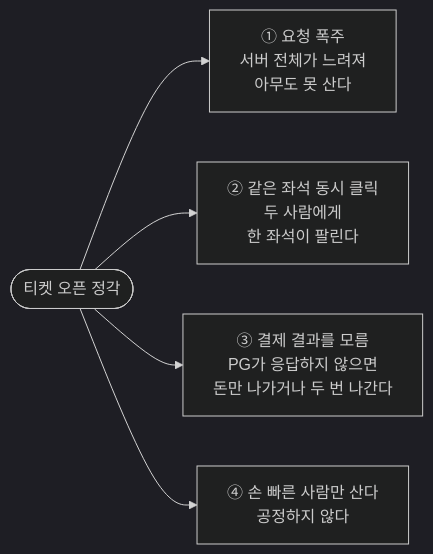
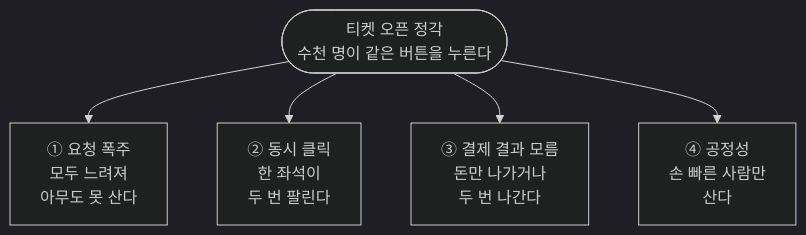
One commit to GGangMY/high-quality-ticketing-system changed the first of 10 diagrams in README.md. Above: the diagram before and after it, drawn with Mermaid (dark theme). The commit also changed other lines of this file, not shown here.

````diff
--- a/README.md
+++ b/README.md
@@ -45,7 +43,8 @@
 ```mermaid
-flowchart LR
-  OPEN(["티켓 오픈 정각"]) --> P1["① 요청 폭주<br/>서버 전체가 느려져<br/>아무도 못 산다"]
-  OPEN --> P2["② 같은 좌석 동시 클릭<br/>두 사람에게<br/>한 좌석이 팔린다"]
-  OPEN --> P3["③ 결제 결과를 모름<br/>PG가 응답하지 않으면<br/>돈만 나가거나 두 번 나간다"]
-  OPEN --> P4["④ 손 빠른 사람만 산다<br/>공정하지 않다"]
+flowchart TB
+  OPEN(["티켓 오픈 정각<br/>수천 명이 같은 버튼을 누른다"])
+  OPEN --> P1["① 요청 폭주<br/>모두 느려져<br/>아무도 못 산다"]
+  OPEN --> P2["② 동시 클릭<br/>한 좌석이<br/>두 번 팔린다"]
+  OPEN --> P3["③ 결제 결과 모름<br/>돈만 나가거나<br/>두 번 나간다"]
+  OPEN --> P4["④ 공정성<br/>손 빠른 사람만<br/>산다"]
 ```
````
